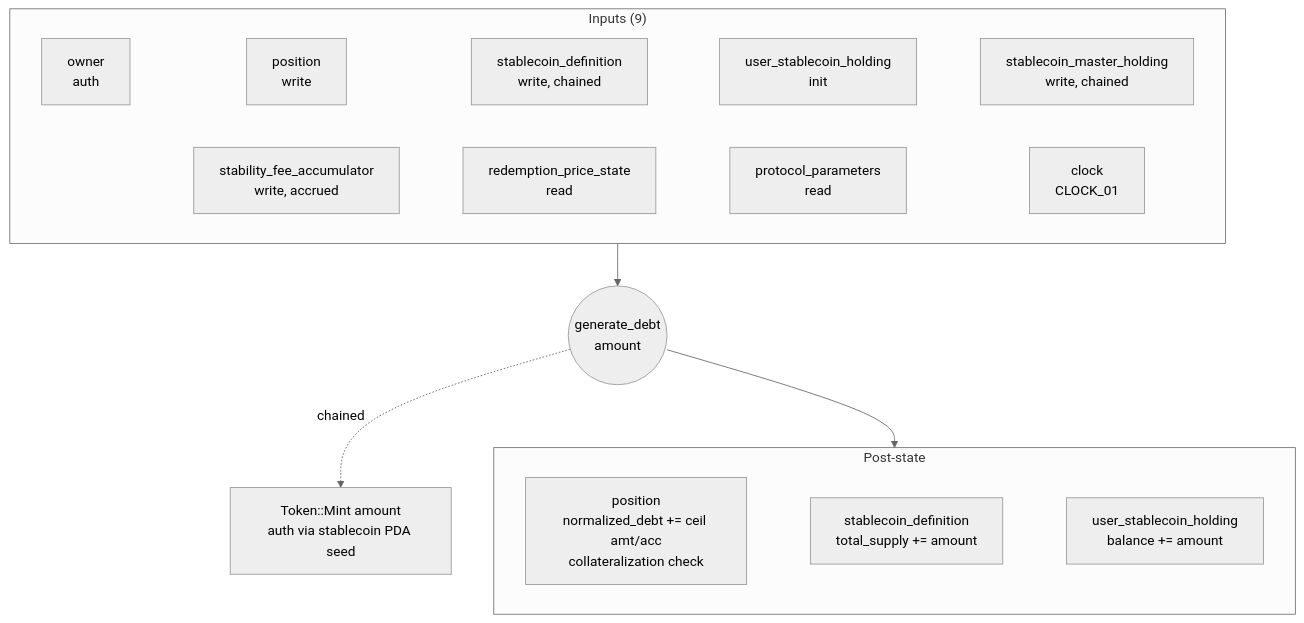
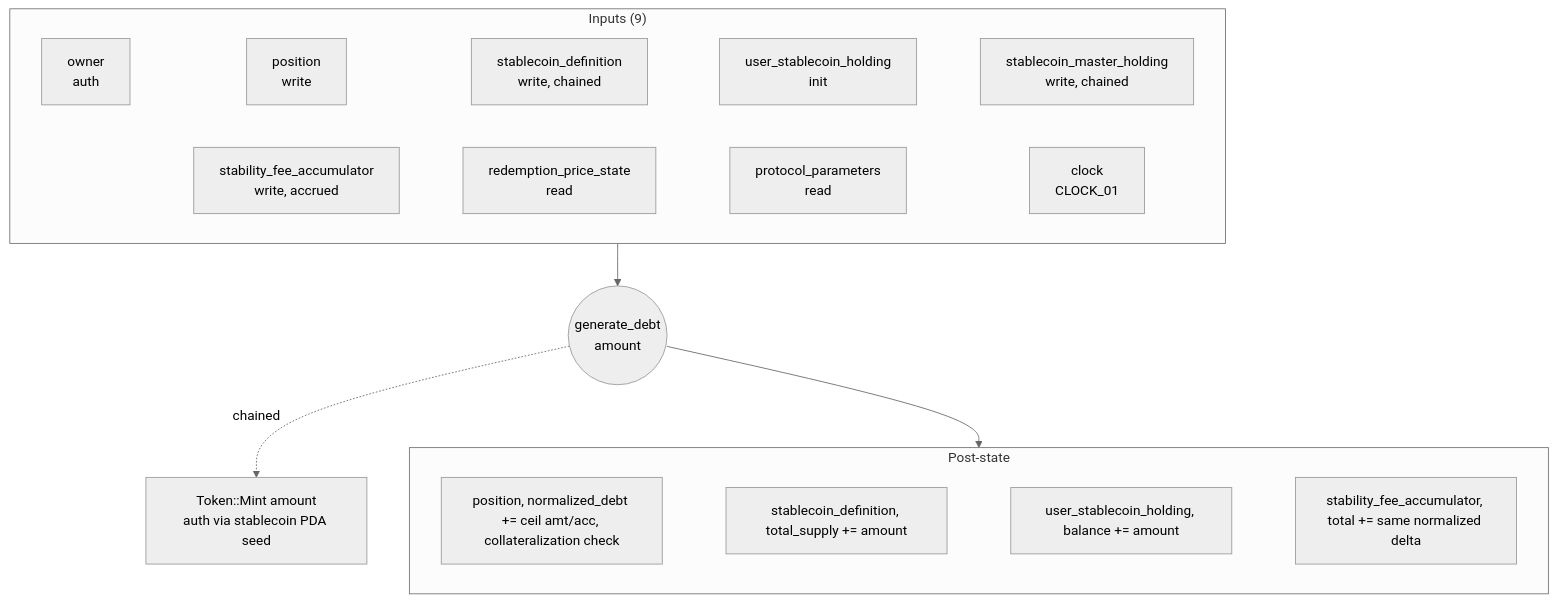
One commit to logos-blockchain/lez-programs changed the tenth of 15 diagrams in docs/stablecoin/README.md. Above: the diagram before and after it, drawn with Mermaid (neutral theme). The commit also changed other lines of this file and 48 other files, not shown here.

Commit message:
feat(stablecoin): enforce position debt floor and global ceiling

````diff
--- a/docs/stablecoin/README.md
+++ b/docs/stablecoin/README.md
@@ -1085,13 +1198,13 @@
 ```mermaid
 flowchart TD
     subgraph In["Inputs (9)"]
         a1[owner<br/>auth] ~~~ a2[position<br/>write] ~~~ a3[stablecoin_definition<br/>write, chained] ~~~ a4[user_stablecoin_holding<br/>init] ~~~ a5[stablecoin_master_holding<br/>write, chained]
         a6[stability_fee_accumulator<br/>write, accrued] ~~~ a7[redemption_price_state<br/>read] ~~~ a8[protocol_parameters<br/>read] ~~~ a9[clock<br/>CLOCK_01]
     end
     subgraph Post["Post-state"]
-        p1[position<br/>normalized_debt += ceil amt/acc<br/>collateralization check] ~~~ p2[stablecoin_definition<br/>total_supply += amount] ~~~ p3[user_stablecoin_holding<br/>balance += amount]
+        p1[position, normalized_debt += ceil amt/acc, collateralization check] ~~~ p2[stablecoin_definition, total_supply += amount] ~~~ p3[user_stablecoin_holding, balance += amount] ~~~ p4[stability_fee_accumulator, total += same normalized delta]
     end
     In --> Ins((generate_debt<br/>amount))
     Ins --> Post
     Ins -.chained.-> C1[Token::Mint amount<br/>auth via stablecoin PDA seed]
 ```
````
